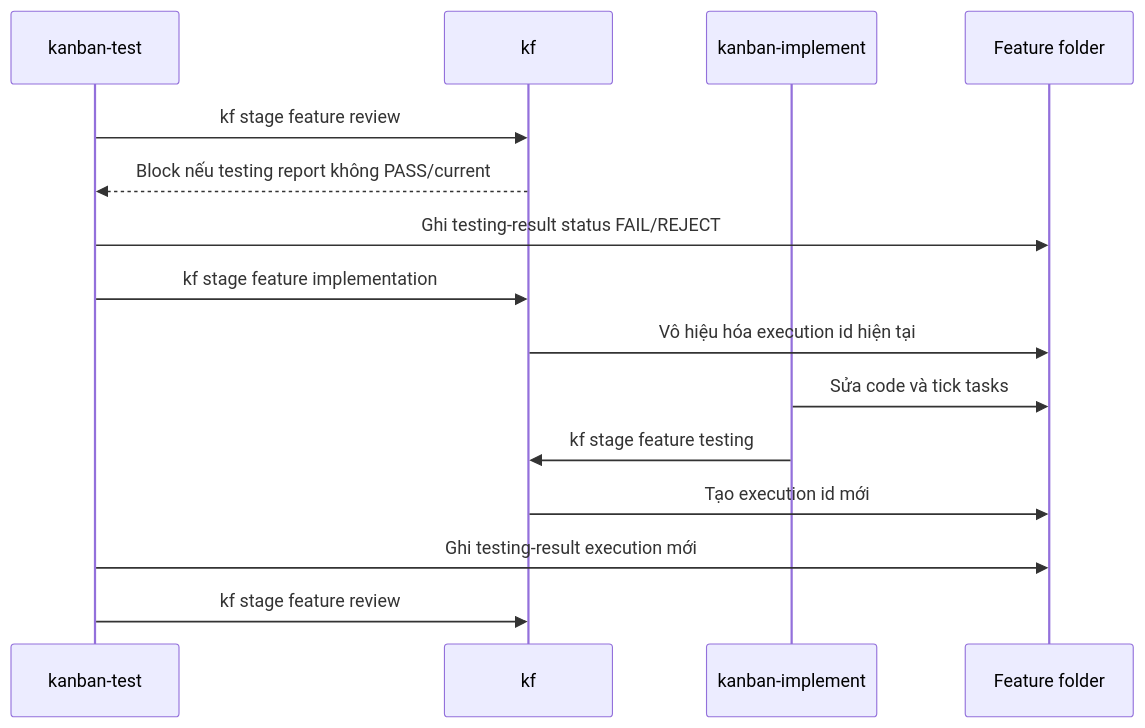
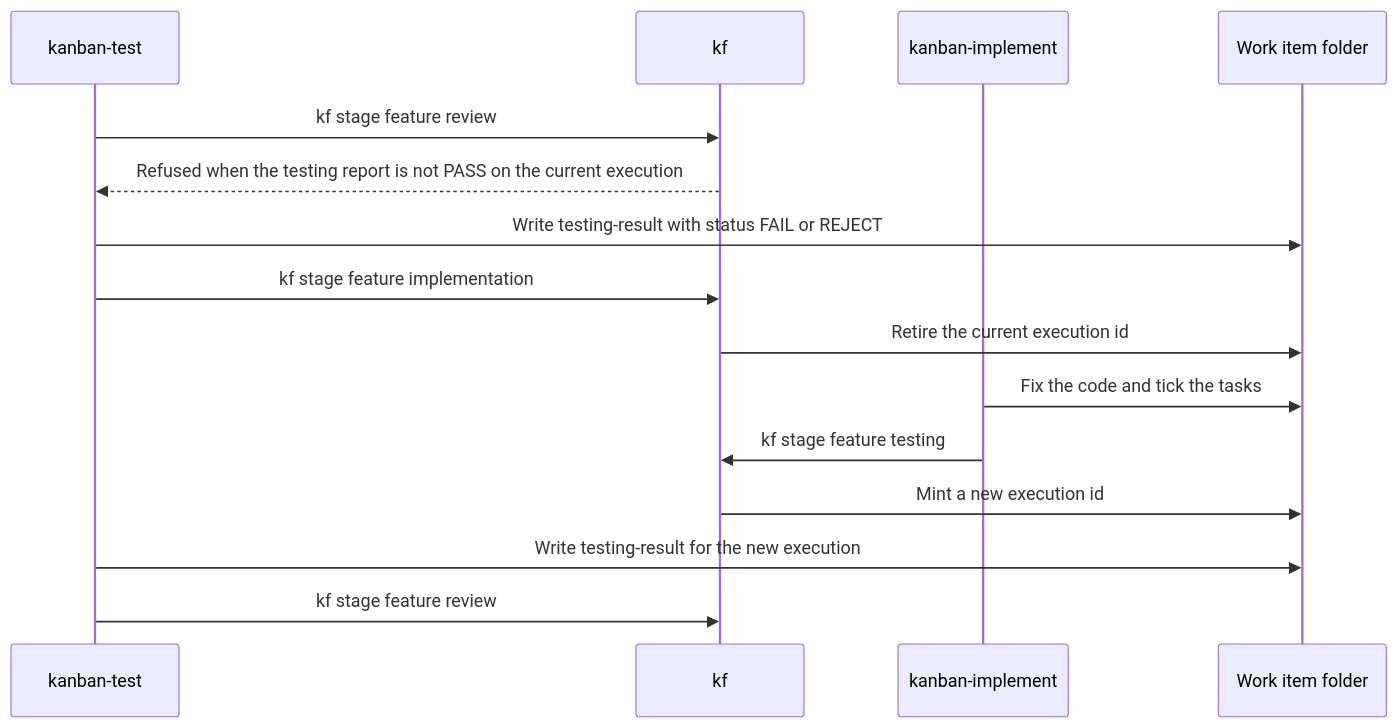
The third of 3 diagrams in docs/workflow/lifecycle.md (phuthuycoding/kanban-flow), drawn with Mermaid before and after one commit. The commit also changed other lines of this file and 38 other files, not shown here.

First line of the commit message:
feat(cli): rename to kanban-flow 0.3.0 and put the English surface out front

````diff
--- a/docs/workflow/lifecycle.md
+++ b/docs/workflow/lifecycle.md
@@ -88,18 +88,18 @@
 ```mermaid
 sequenceDiagram
     participant Test as kanban-test
     participant CLI as kf
     participant Impl as kanban-implement
-    participant FS as Feature folder
+    participant FS as Work item folder
 
     Test->>CLI: kf stage feature review
-    CLI-->>Test: Block nếu testing report không PASS/current
-    Test->>FS: Ghi testing-result status FAIL/REJECT
+    CLI-->>Test: Refused when the testing report is not PASS on the current execution
+    Test->>FS: Write testing-result with status FAIL or REJECT
     Test->>CLI: kf stage feature implementation
-    CLI->>FS: Vô hiệu hóa execution id hiện tại
-    Impl->>FS: Sửa code và tick tasks
+    CLI->>FS: Retire the current execution id
+    Impl->>FS: Fix the code and tick the tasks
     Impl->>CLI: kf stage feature testing
-    CLI->>FS: Tạo execution id mới
-    Test->>FS: Ghi testing-result execution mới
+    CLI->>FS: Mint a new execution id
+    Test->>FS: Write testing-result for the new execution
     Test->>CLI: kf stage feature review
 ```
````
